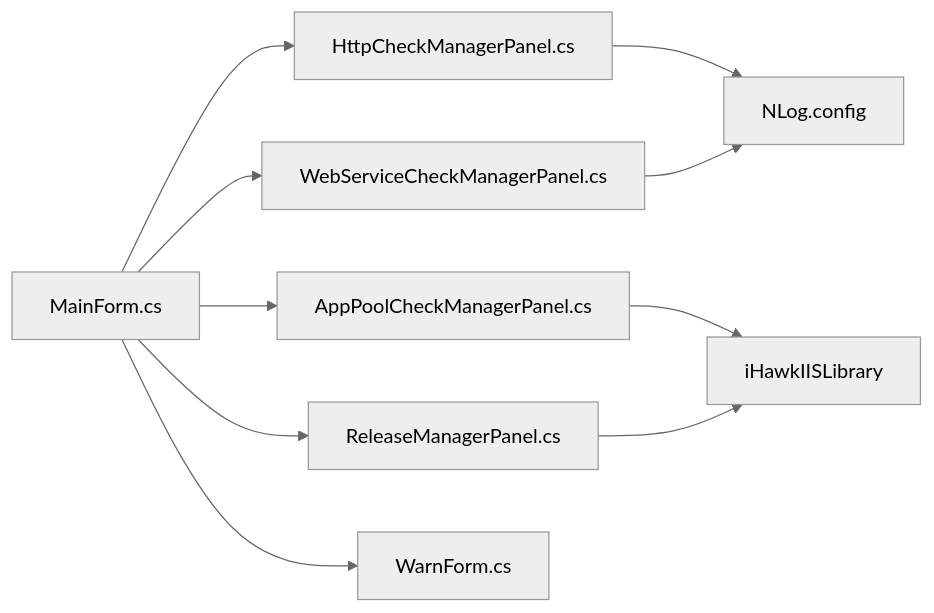
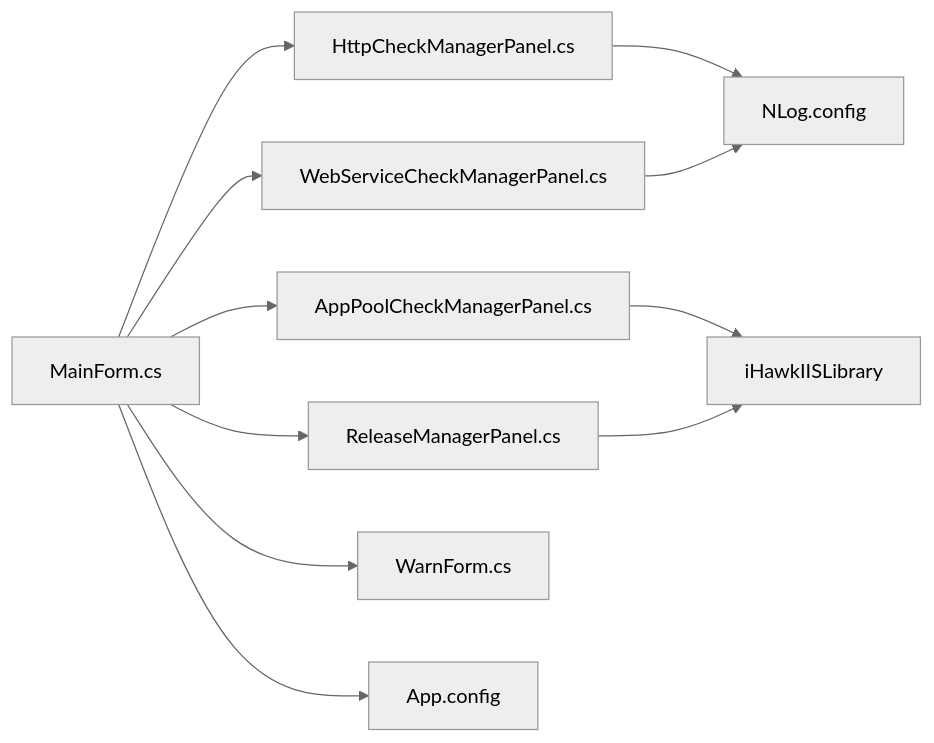
The fifth of 5 diagrams in .qoder/repowiki/zh/content/IISMonitor.v1 功能详解/主界面概览.md (db300/IISMonitor), drawn with Mermaid (neutral theme) before and after one commit. The commit also changed other lines of this file and 5 other files, not shown here.

````diff
--- a/.qoder/repowiki/zh/content/IISMonitor.v1 功能详解/主界面概览.md
+++ b/.qoder/repowiki/zh/content/IISMonitor.v1 功能详解/主界面概览.md
@@ -248,12 +322,13 @@
 ```mermaid
 graph LR
 MainForm["MainForm.cs"] --> HttpPanel["HttpCheckManagerPanel.cs"]
 MainForm --> AppPoolPanel["AppPoolCheckManagerPanel.cs"]
 MainForm --> WebSvcPanel["WebServiceCheckManagerPanel.cs"]
 MainForm --> ReleasePanel["ReleaseManagerPanel.cs"]
 HttpPanel --> NLog["NLog.config"]
 WebSvcPanel --> NLog
 AppPoolPanel --> IISLib["iHawkIISLibrary"]
 ReleasePanel --> IISLib
 MainForm --> Warn["WarnForm.cs"]
+MainForm --> AppCfg["App.config"]
 ```
````
